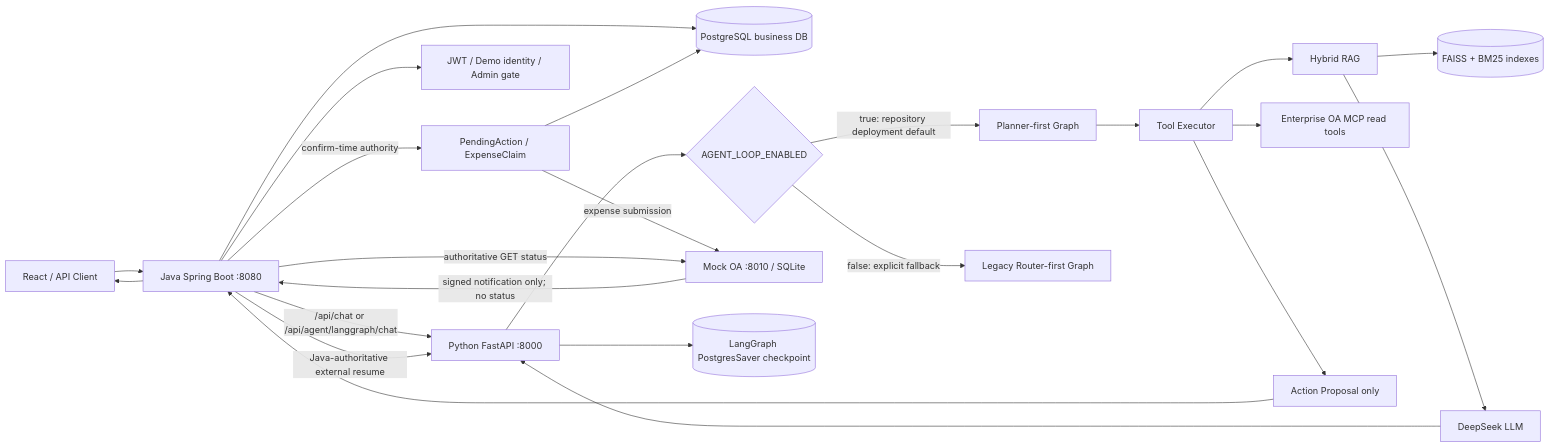
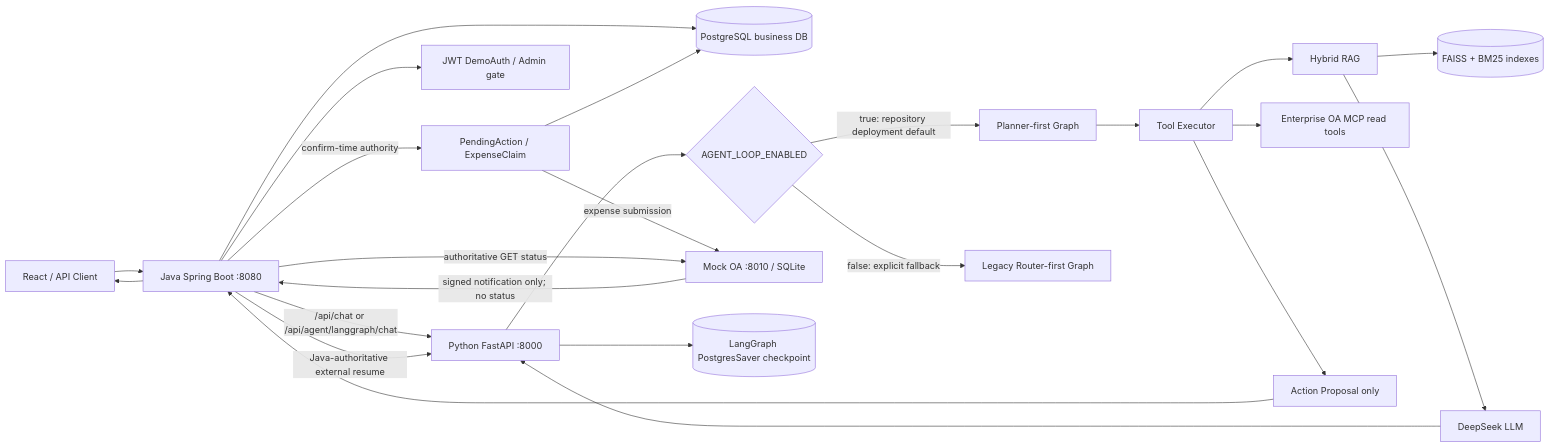
One commit to izz-BLUE/enterprise-ai-copilot changed the diagram in README.md. Above: the diagram before and after it, drawn with Mermaid. The commit also changed 104 other files, not shown here.

````diff
--- a/README.md
+++ b/README.md
@@ -27,26 +27,26 @@
 ```mermaid
 flowchart LR
     UI[React / API Client] --> J[Java Spring Boot :8080]
     J -->|/api/chat or /api/agent/langgraph/chat| P[Python FastAPI :8000]
-    J --> AUTH[JWT / Demo identity / Admin gate]
+    J --> AUTH[JWT DemoAuth / Admin gate]
     J --> DB[(PostgreSQL business DB)]
     P --> G{AGENT_LOOP_ENABLED}
     G -->|true: repository deployment default| PL[Planner-first Graph]
     G -->|false: explicit fallback| RT[Legacy Router-first Graph]
     PL --> EX[Tool Executor]
     EX --> RAG[Hybrid RAG]
     EX --> MCP[Enterprise OA MCP read tools]
     EX --> PROP[Action Proposal only]
     RAG --> IDX[(FAISS + BM25 indexes)]
     RAG --> LLM[DeepSeek LLM]
     PROP --> J
     J -->|confirm-time authority| PA[PendingAction / ExpenseClaim]
     PA --> DB
     PA -->|expense submission| OA[Mock OA :8010 / SQLite]
     OA -->|signed notification only; no status| J
     J -->|authoritative GET status| OA
     J -->|Java-authoritative external resume| P
     P --> CP[(LangGraph PostgresSaver checkpoint)]
     LLM --> P
     J --> UI
 ```
````
